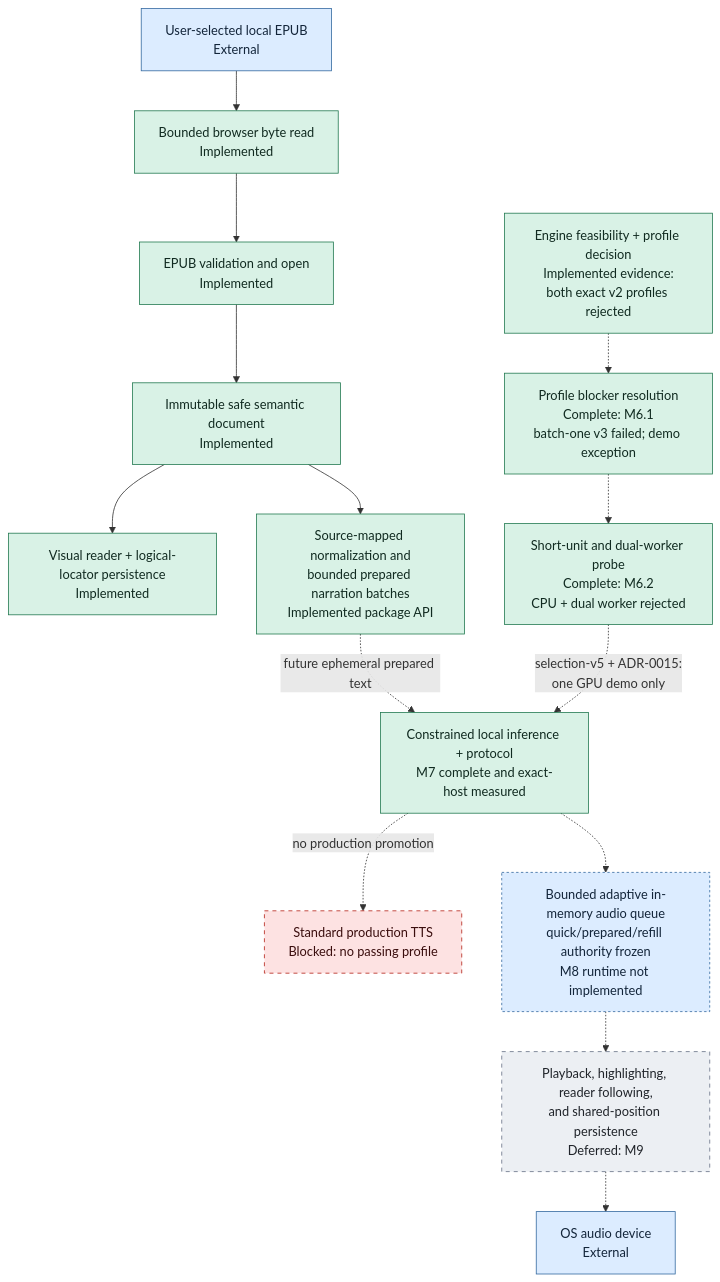
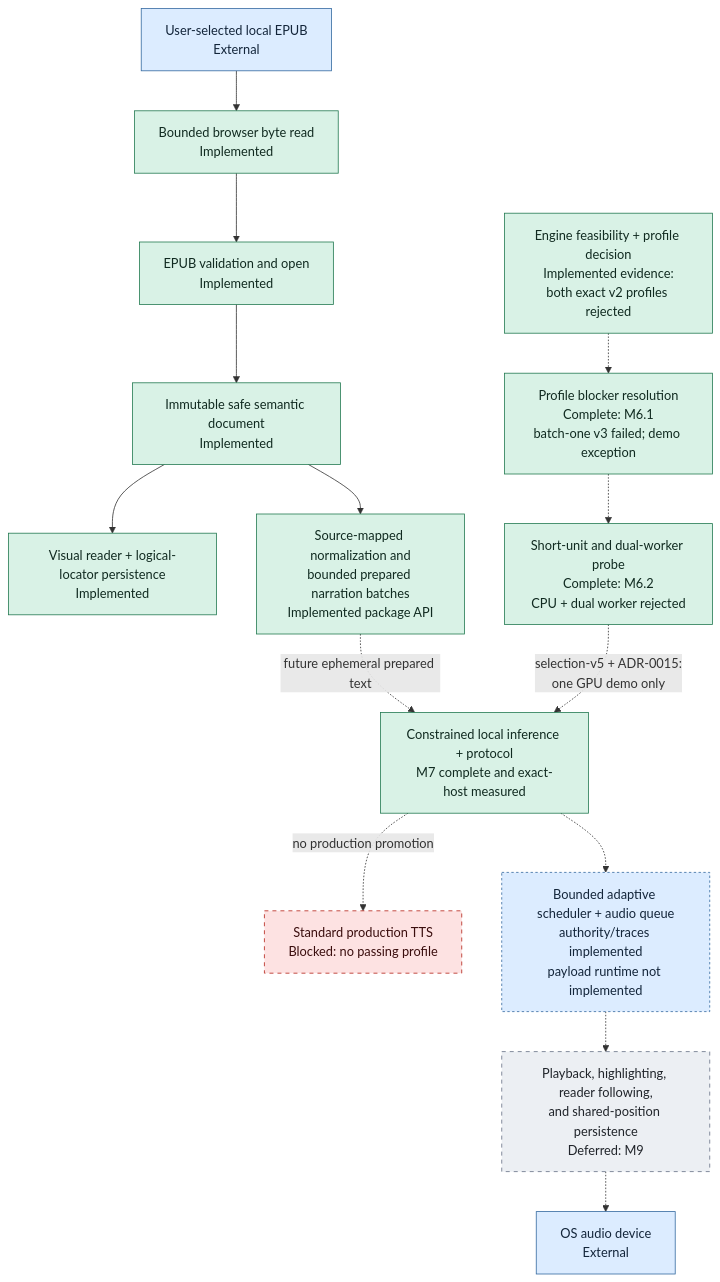
Before and after one commit to mmjosedaniel/voxleaf: the second of 2 diagrams in docs/architecture/system-diagram.md, drawn with Mermaid. The commit also changed other lines of this file and 12 other files, not shown here.

First line of the commit message:
feat(tts): prove adaptive buffer scheduler traces (#122)

````diff
--- a/docs/architecture/system-diagram.md
+++ b/docs/architecture/system-diagram.md
@@ -124,35 +124,35 @@
 ```mermaid
 flowchart TD
     classDef implemented fill:#d9f2e6,stroke:#247a52,color:#102a20
     classDef progress fill:#dcecff,stroke:#356aa0,color:#13253a,stroke-dasharray: 3 3
     classDef planned fill:#fff0c7,stroke:#9a6b00,color:#332400,stroke-dasharray: 5 5
     classDef blocked fill:#fde2e2,stroke:#b42318,color:#3a0d0d,stroke-dasharray: 5 5
     classDef deferred fill:#eceff3,stroke:#667085,color:#20242a,stroke-dasharray: 5 5
     classDef external fill:#dcecff,stroke:#356aa0,color:#13253a
 
     FILE["User-selected local EPUB<br/>External"]:::external
     READ["Bounded browser byte read<br/>Implemented"]:::implemented
     OPEN["EPUB validation and open<br/>Implemented"]:::implemented
     SAFE["Immutable safe semantic document<br/>Implemented"]:::implemented
     VISUAL["Visual reader + logical-locator persistence<br/>Implemented"]:::implemented
     PREP["Source-mapped normalization and<br/>bounded prepared narration batches<br/>Implemented package API"]:::implemented
     PROFILE["Engine feasibility + profile decision<br/>Implemented evidence:<br/>both exact v2 profiles rejected"]:::implemented
     NEXT_PROFILE["Profile blocker resolution<br/>Complete: M6.1<br/>batch-one v3 failed; demo exception"]:::implemented
     BATCH_PROBE["Short-unit and dual-worker probe<br/>Complete: M6.2<br/>CPU + dual worker rejected"]:::implemented
     INFER["Constrained local inference + protocol<br/>M7 complete and exact-host measured"]:::implemented
     PROD["Standard production TTS<br/>Blocked: no passing profile"]:::blocked
-    BUFFER["Bounded adaptive in-memory audio queue<br/>quick/prepared/refill authority frozen<br/>M8 runtime not implemented"]:::progress
+    BUFFER["Bounded adaptive scheduler + audio queue<br/>authority/traces implemented<br/>payload runtime not implemented"]:::progress
     FOLLOW["Playback, highlighting, reader following,<br/>and shared-position persistence<br/>Deferred: M9"]:::deferred
     DEVICE["OS audio device<br/>External"]:::external
 
     FILE --> READ --> OPEN --> SAFE --> VISUAL
     SAFE --> PREP
     PREP -.->|"future ephemeral prepared text"| INFER
     PROFILE -.-> NEXT_PROFILE
     NEXT_PROFILE -.-> BATCH_PROBE
     BATCH_PROBE -.->|"selection-v5 + ADR-0015:<br/>one GPU demo only"| INFER
     INFER -.->|"no production promotion"| PROD
     INFER -.-> BUFFER
     BUFFER -.-> FOLLOW
     FOLLOW -.-> DEVICE
 ```
````
